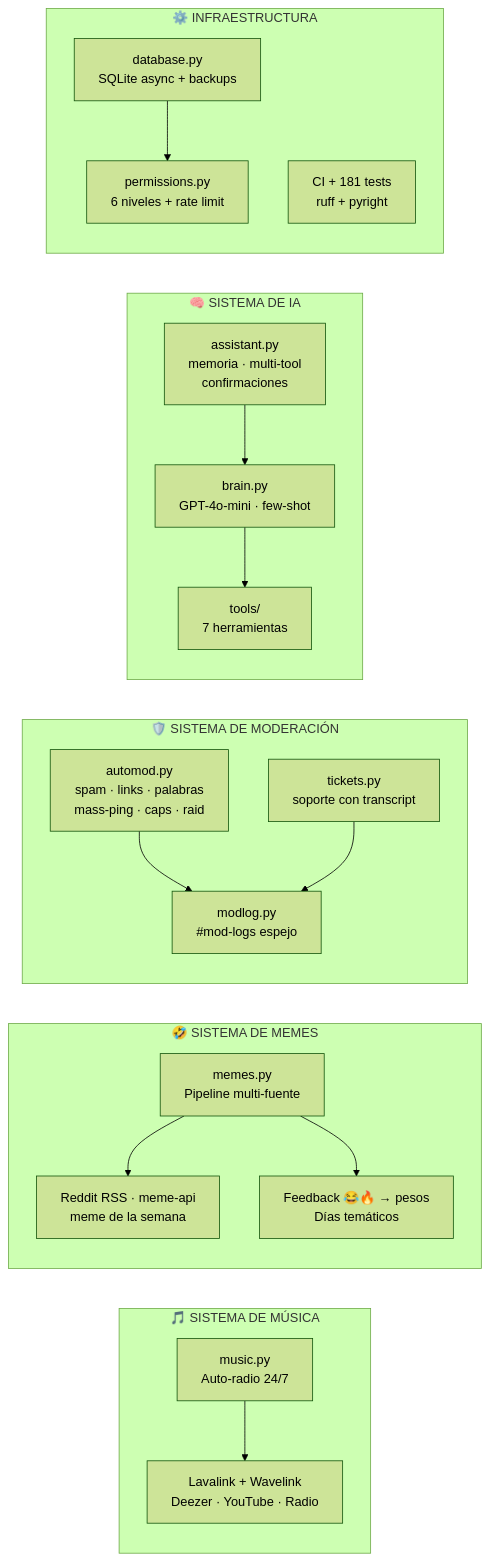
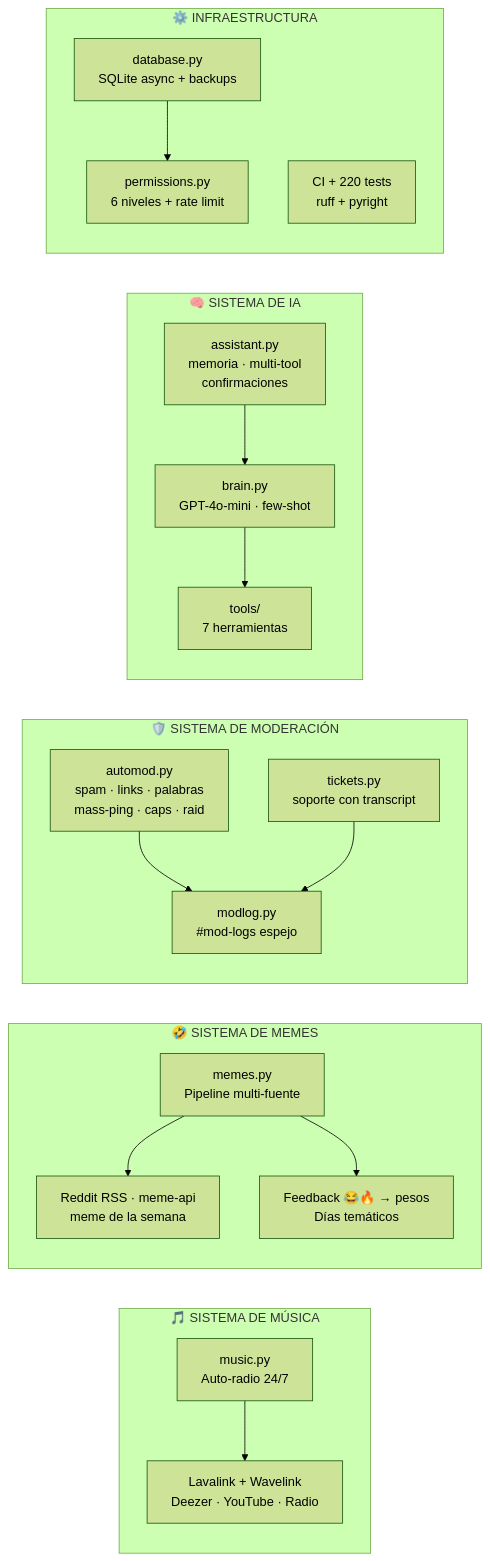
The first of 4 diagrams in README.md (RubioKo/omni-bot), drawn with Mermaid (forest theme) before and after one commit. The commit also changed other lines of this file and 26 other files, not shown here.

````diff
--- a/README.md
+++ b/README.md
@@ -128,40 +128,40 @@
 ```mermaid
 flowchart LR
     subgraph S1["🎵 SISTEMA DE MÚSICA"]
         M1["music.py<br/>Auto-radio 24/7"]
         M2["Lavalink + Wavelink<br/>Deezer · YouTube · Radio"]
     end
 
     subgraph S2["🤣 SISTEMA DE MEMES"]
         M3["memes.py<br/>Pipeline multi-fuente"]
         M4["Reddit RSS · meme-api<br/>meme de la semana"]
         M6["Feedback 😂🔥 → pesos<br/>Días temáticos"]
     end
 
     subgraph S3["🛡️ SISTEMA DE MODERACIÓN"]
         M7["automod.py<br/>spam · links · palabras<br/>mass-ping · caps · raid"]
         M8["tickets.py<br/>soporte con transcript"]
         M9["modlog.py<br/>#mod-logs espejo"]
     end
 
     subgraph S4["🧠 SISTEMA DE IA"]
         M10["brain.py<br/>GPT-4o-mini · few-shot"]
         M11["assistant.py<br/>memoria · multi-tool<br/>confirmaciones"]
         M12["tools/<br/>7 herramientas"]
     end
 
     subgraph S5["⚙️ INFRAESTRUCTURA"]
         M13["database.py<br/>SQLite async + backups"]
         M14["permissions.py<br/>6 niveles + rate limit"]
-        M15["CI + 181 tests<br/>ruff + pyright"]
+        M15["CI + 220 tests<br/>ruff + pyright"]
     end
 
     M1 --> M2
     M3 --> M4
     M3 --> M6
     M7 --> M9
     M8 --> M9
     M10 --> M12
     M11 --> M10
     M13 --> M14
 ```
````
